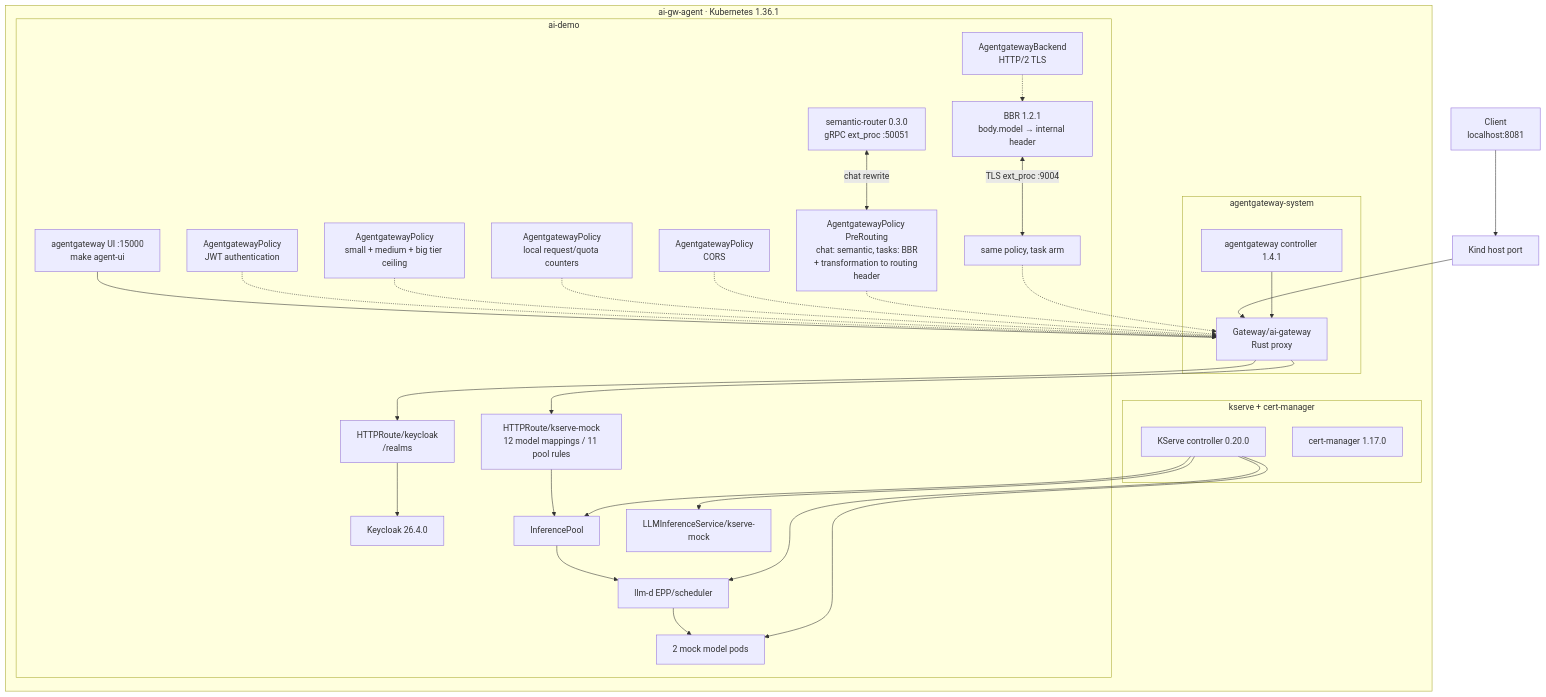
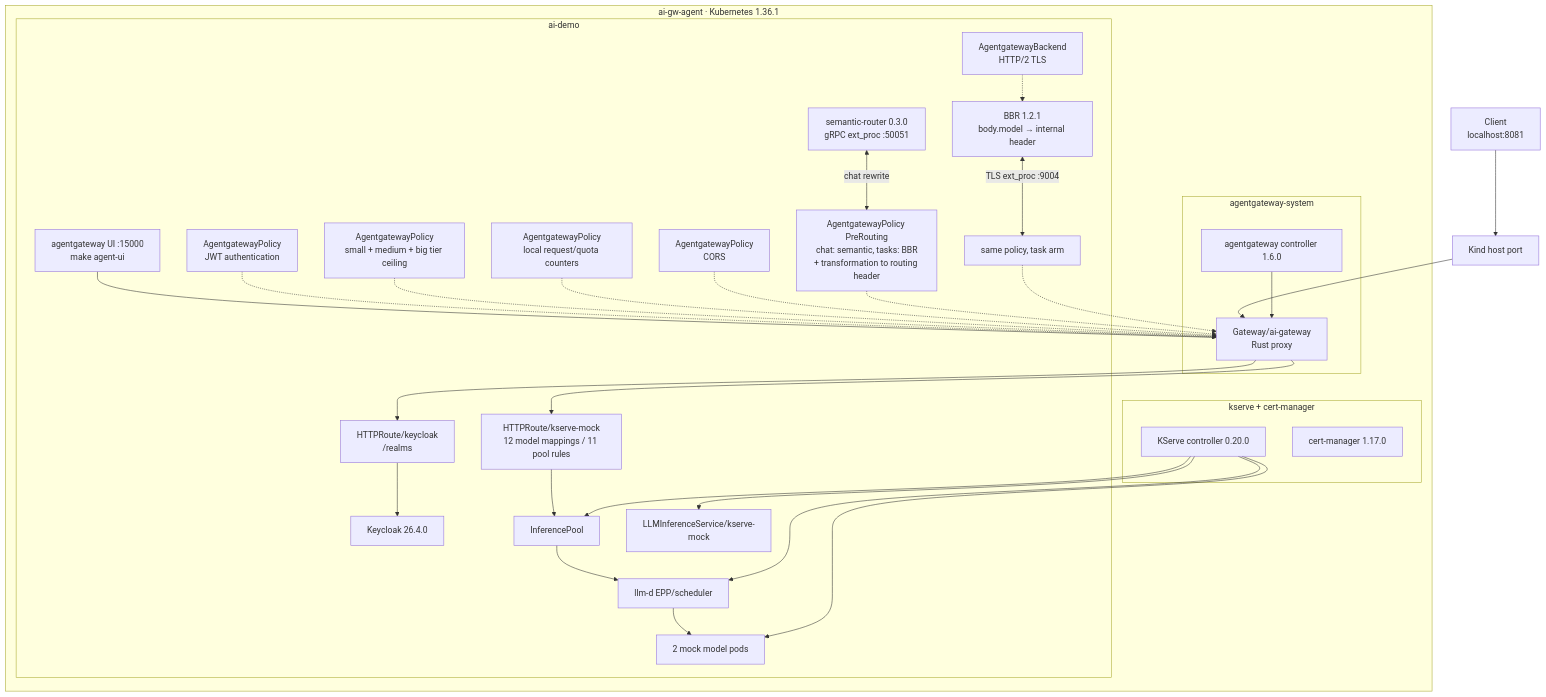
Before and after one commit to nolimitkun/ai-gateway: the third of 3 diagrams in README.md, drawn with Mermaid. The commit also changed other lines of this file and 44 other files, not shown here.

First line of the commit message:
Refresh gateway releases, feature comparisons, and architecture docs (#21)

````diff
--- a/README.md
+++ b/README.md
@@ -463,36 +529,36 @@
 ```mermaid
 flowchart TB
   C["Client<br/>localhost:8081"] --> KP["Kind host port"] --> GW
 
   subgraph K["ai-gw-agent · Kubernetes 1.36.1"]
     subgraph AGS["agentgateway-system"]
-      AGC["agentgateway controller 1.4.1"] --> GW
+      AGC["agentgateway controller 1.6.0"] --> GW
     end
     subgraph APP["ai-demo"]
       GW["Gateway/ai-gateway<br/>Rust proxy"]
       UI["agentgateway UI :15000<br/>make agent-ui"] --- GW
       KR["HTTPRoute/keycloak<br/>/realms"] --> KC["Keycloak 26.4.0"]
       R["HTTPRoute/kserve-mock<br/>12 model mappings / 11 pool rules"] --> P["InferencePool"]
       JWT["AgentgatewayPolicy<br/>JWT authentication"] -.-> GW
       AZ["AgentgatewayPolicy<br/>small + medium + big tier ceiling"] -.-> GW
       RL["AgentgatewayPolicy<br/>local request/quota counters"] -.-> GW
       CORS["AgentgatewayPolicy<br/>CORS"] -.-> GW
       EP["AgentgatewayPolicy PreRouting<br/>chat: semantic, tasks: BBR<br/>+ transformation to routing header"] -.-> GW
       SR["semantic-router 0.3.0<br/>gRPC ext_proc :50051"] <-->|"chat rewrite"| EP
       BP["same policy, task arm"] -.-> GW
       BBR["BBR 1.2.1<br/>body.model → internal header"] <-->|"TLS ext_proc :9004"| BP
       AGB["AgentgatewayBackend<br/>HTTP/2 TLS"] -.-> BBR
       P --> EPP["llm-d EPP/scheduler"] --> PODS["2 mock model pods"]
       LLM["LLMInferenceService/kserve-mock"]
     end
     subgraph KSV["kserve + cert-manager"]
       CTRL["KServe controller 0.20.0"] --> LLM
       CTRL --> P
       CTRL --> EPP
       CTRL --> PODS
       CM["cert-manager 1.17.0"]
     end
     GW --> KR
     GW --> R
   end
 ```
````
